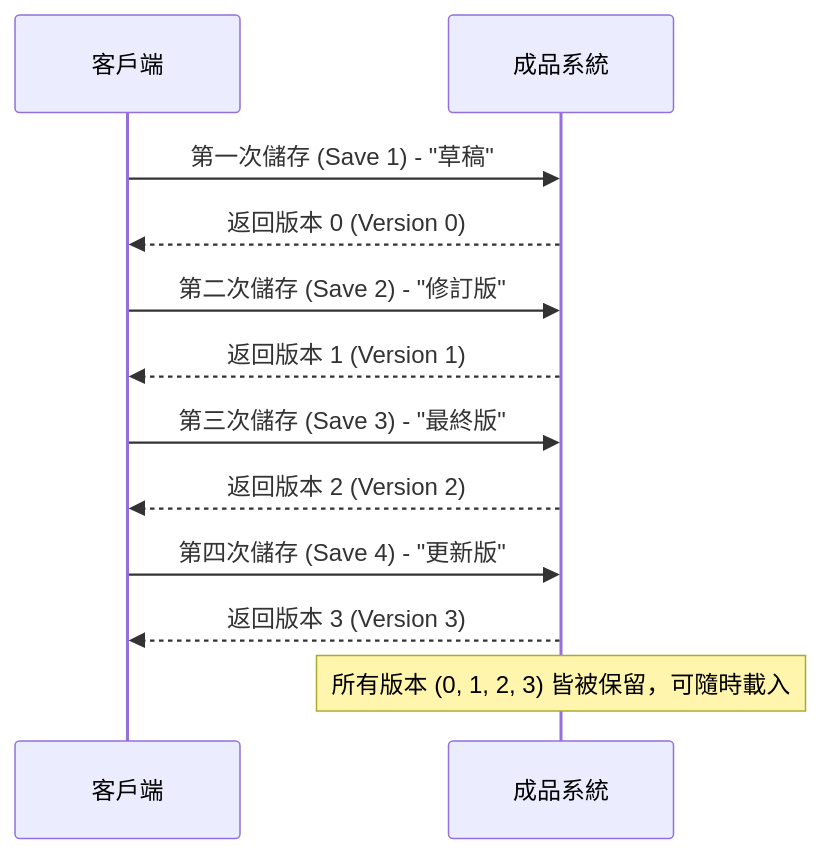
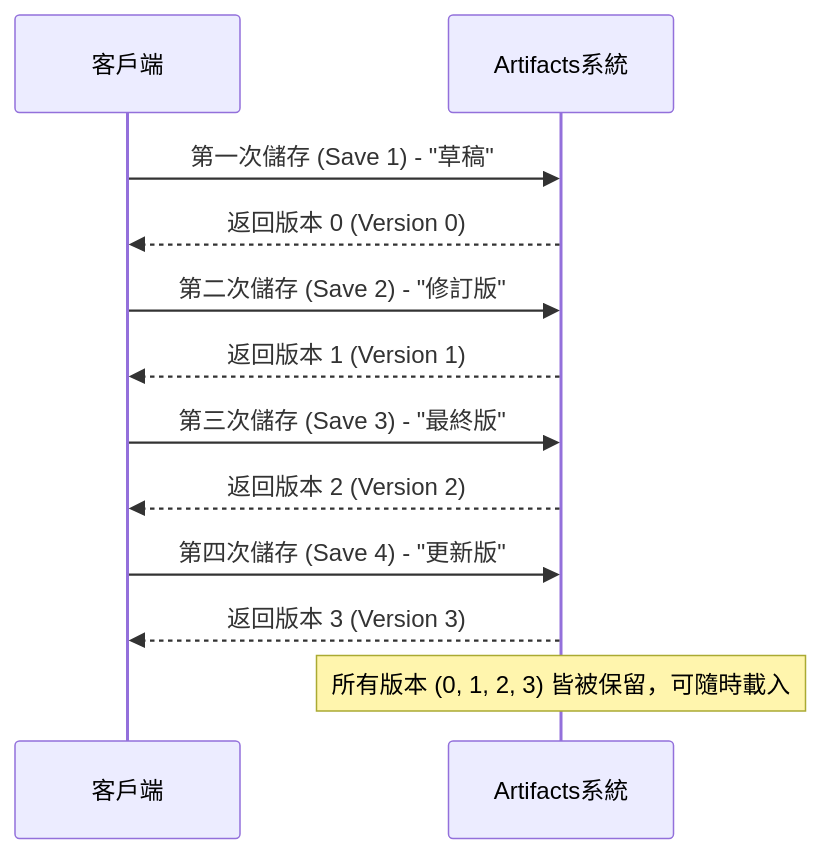
Before and after one commit to lastingyeh/google-adk-study: the fourth of 8 diagrams in workspace/notes/google-adk-training-hub/adk_training/19-artifacts_files.md, drawn with Mermaid. The commit also changed other lines of this file and 9 other files, not shown here.

````diff
--- a/workspace/notes/google-adk-training-hub/adk_training/19-artifacts_files.md
+++ b/workspace/notes/google-adk-training-hub/adk_training/19-artifacts_files.md
@@ -276,14 +276,14 @@
 ```mermaid
 sequenceDiagram
     participant Client as 客戶端
-    participant System as 成品系統
+    participant System as Artifacts系統
     Client->>System: 第一次儲存 (Save 1) - "草稿"
     System-->>Client: 返回版本 0 (Version 0)
     Client->>System: 第二次儲存 (Save 2) - "修訂版"
     System-->>Client: 返回版本 1 (Version 1)
     Client->>System: 第三次儲存 (Save 3) - "最終版"
     System-->>Client: 返回版本 2 (Version 2)
     Client->>System: 第四次儲存 (Save 4) - "更新版"
     System-->>Client: 返回版本 3 (Version 3)
     Note over System: 所有版本 (0, 1, 2, 3) 皆被保留，可隨時載入
 ```
````
